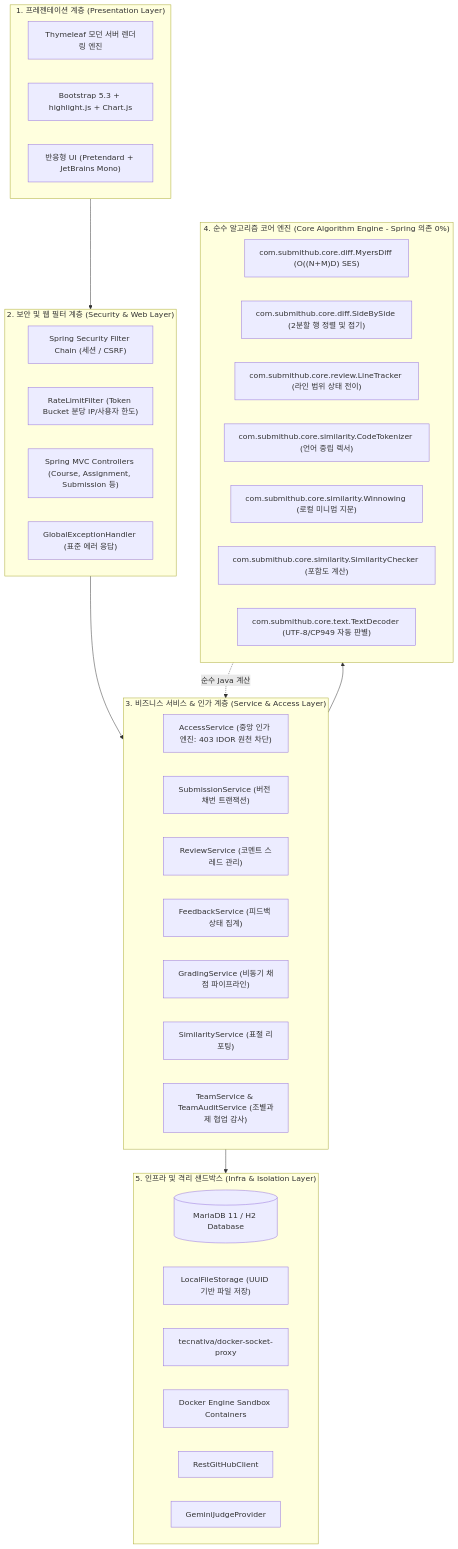
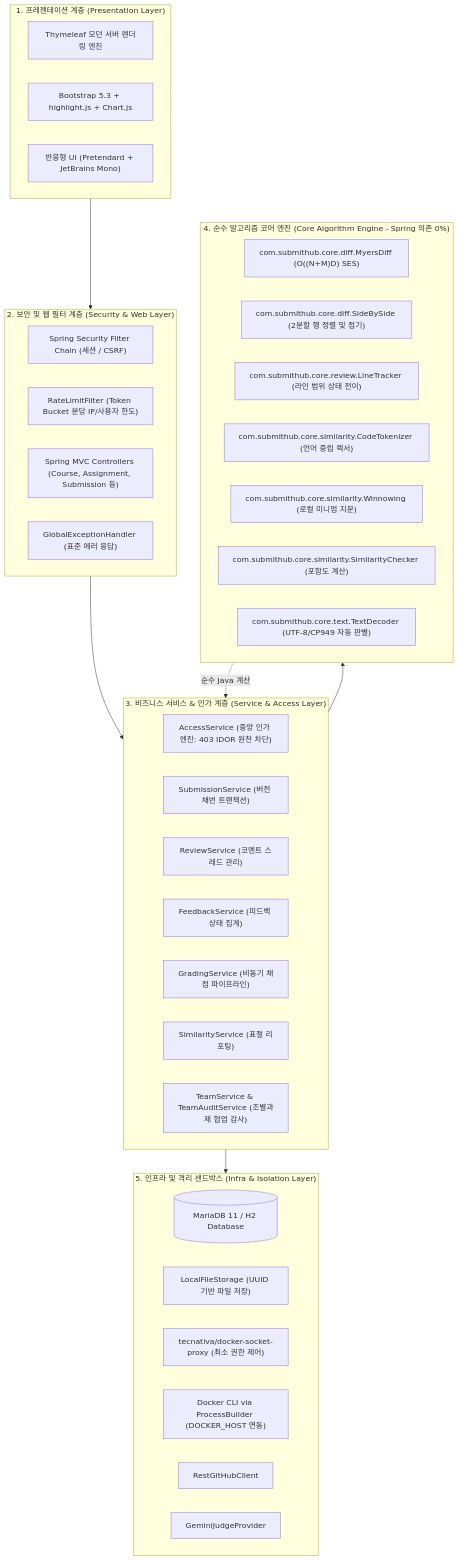
Before and after one commit to ksw1295/submithub: the second of 6 diagrams in docs/프로젝트_산출물/04_시스템_아키텍처_구상도.md, drawn with Mermaid. The commit also changed other lines of this file and 8 other files, not shown here.

Commit message:
docs: 산출물 팩트체크(실제 엔티티 ERD, Docker CLI, Gemini JSON 규격, 라우팅) 최종 반영

````diff
--- a/docs/프로젝트_산출물/04_시스템_아키텍처_구상도.md
+++ b/docs/프로젝트_산출물/04_시스템_아키텍처_구상도.md
@@ -69,50 +70,50 @@
 ```mermaid
 flowchart TB
     subgraph L1 ["1. 프레젠테이션 계층 (Presentation Layer)"]
         Thymeleaf["Thymeleaf 모던 서버 렌더링 엔진"]
         UI_Assets["Bootstrap 5.3 + highlight.js + Chart.js"]
         Responsive["반응형 UI (Pretendard + JetBrains Mono)"]
     end
 
     subgraph L2 ["2. 보안 및 웹 필터 계층 (Security & Web Layer)"]
         SecFilterChain["Spring Security Filter Chain (세션 / CSRF)"]
         RateLimitFilter["RateLimitFilter (Token Bucket 분당 IP/사용자 한도)"]
         Controllers["Spring MVC Controllers (Course, Assignment, Submission 등)"]
         GlobalEx["GlobalExceptionHandler (표준 에러 응답)"]
     end
 
     subgraph L3 ["3. 비즈니스 서비스 & 인가 계층 (Service & Access Layer)"]
         AccessSvc["AccessService (중앙 인가 엔진: 403 IDOR 원천 차단)"]
         SubSvc["SubmissionService (버전 채번 트랜잭션)"]
         RevSvc["ReviewService (코멘트 스레드 관리)"]
         FeedSvc["FeedbackService (피드백 상태 집계)"]
         GradSvc["GradingService (비동기 채점 파이프라인)"]
         SimSvc["SimilarityService (표절 리포팅)"]
         TeamSvc["TeamService & TeamAuditService (조별과제 협업 감사)"]
     end
 
     subgraph L4 ["4. 순수 알고리즘 코어 엔진 (Core Algorithm Engine - Spring 의존 0%)"]
         MyersDiff["com.submithub.core.diff.MyersDiff (O((N+M)D) SES)"]
         SideBySide["com.submithub.core.diff.SideBySide (2분할 행 정렬 및 접기)"]
         LineTracker["com.submithub.core.review.LineTracker (라인 범위 상태 전이)"]
         CodeTokenizer["com.submithub.core.similarity.CodeTokenizer (언어 중립 렉서)"]
         Winnowing["com.submithub.core.similarity.Winnowing (로컬 미니멈 지문)"]
         SimilarityChecker["com.submithub.core.similarity.SimilarityChecker (포함도 계산)"]
         TextDecoder["com.submithub.core.text.TextDecoder (UTF-8/CP949 자동 판별)"]
     end
 
     subgraph L5 ["5. 인프라 및 격리 샌드박스 (Infra & Isolation Layer)"]
         RDBMS[("MariaDB 11 / H2 Database")]
         FileStore["LocalFileStorage (UUID 기반 파일 저장)"]
-        SocketProxy["tecnativa/docker-socket-proxy"]
-        DockerRunner["Docker Engine Sandbox Containers"]
+        SocketProxy["tecnativa/docker-socket-proxy (최소 권한 제어)"]
+        DockerRunner["Docker CLI via ProcessBuilder (DOCKER_HOST 연동)"]
         GitHubClient["RestGitHubClient"]
         AiProvider["GeminiJudgeProvider"]
     end
 
     L1 --> L2
     L2 --> L3
     L3 --> L4
     L3 --> L5
     L4 -.순수 Java 계산.-> L3
 ```
````
